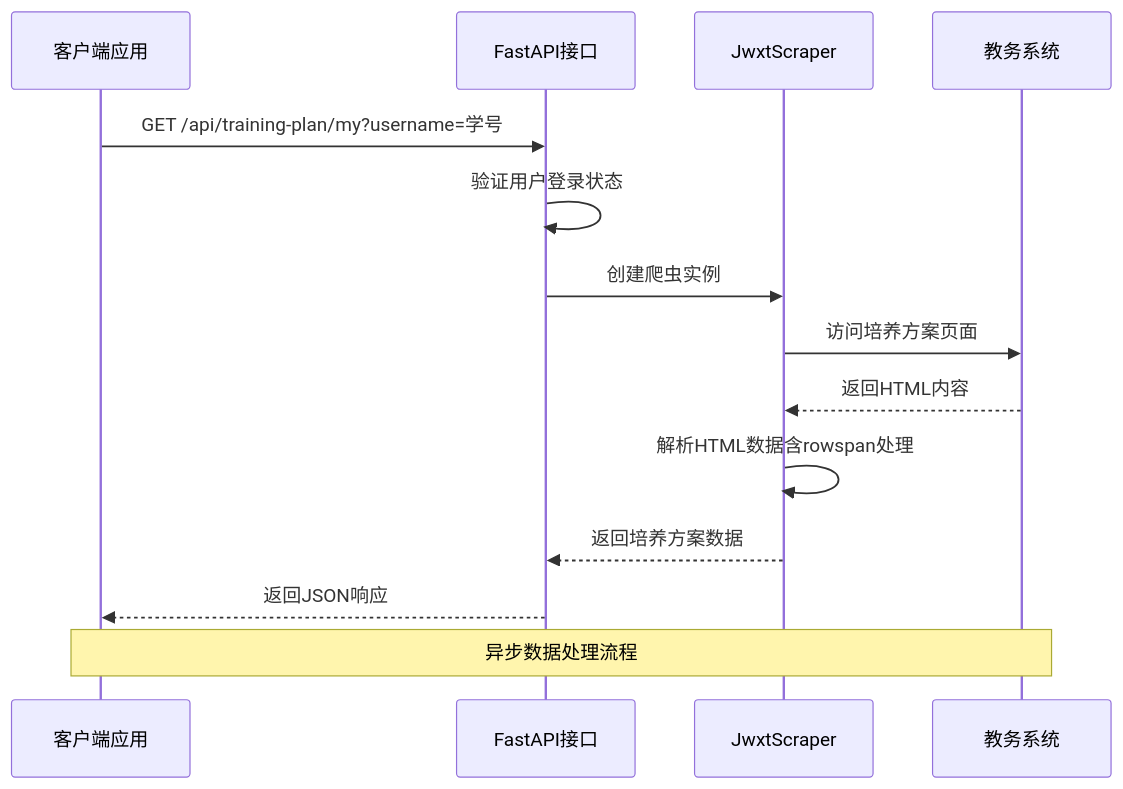
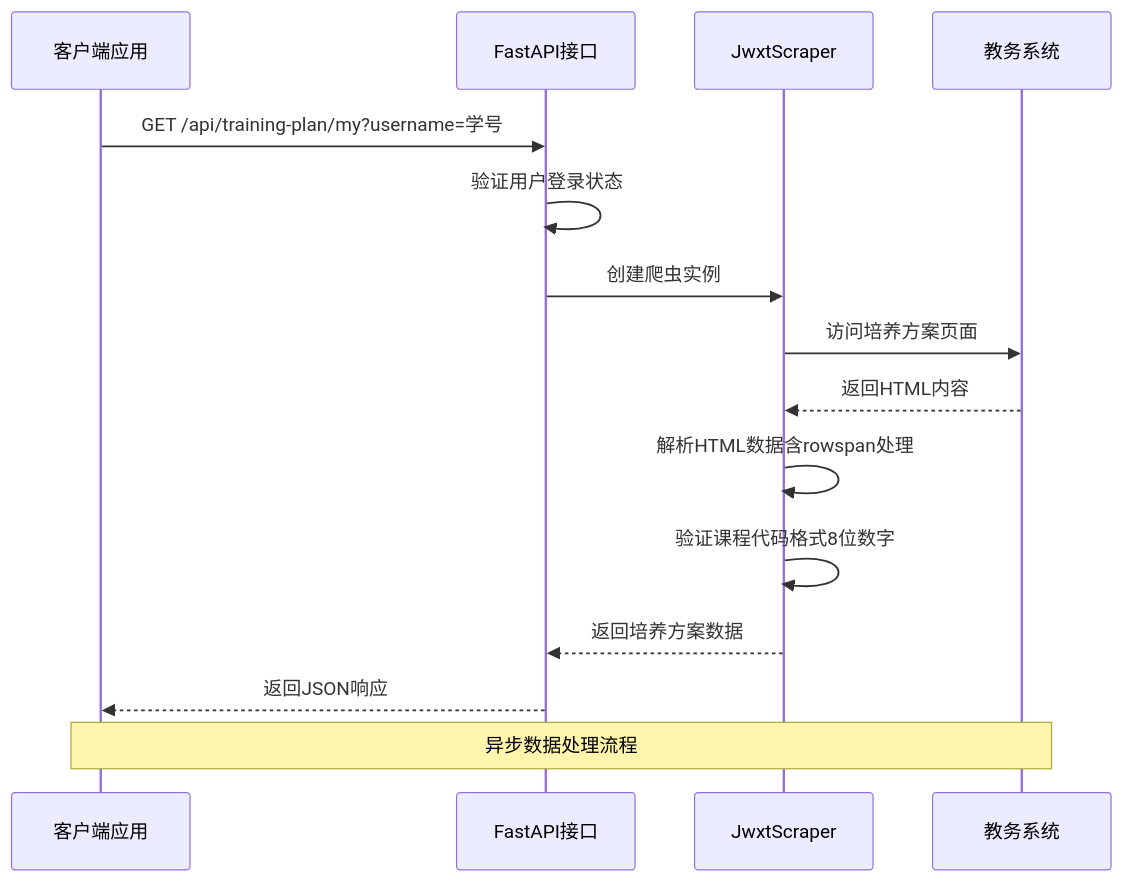
One commit to ghbbn053-ship-itsoulddog/soulddog changed the second of 9 diagrams in .qoder/repowiki/zh/content/后端API文档/学术数据查询API/培养方案查询API.md. Above: the diagram before and after it, drawn with Mermaid. The commit also changed other lines of this file and 5 other files, not shown here.

````diff
--- a/.qoder/repowiki/zh/content/后端API文档/学术数据查询API/培养方案查询API.md
+++ b/.qoder/repowiki/zh/content/后端API文档/学术数据查询API/培养方案查询API.md
@@ -109,16 +114,17 @@
 ```mermaid
 sequenceDiagram
 participant Client as 客户端应用
 participant API as FastAPI接口
 participant Scraper as JwxtScraper
 participant EduSystem as 教务系统
 Client->>API : GET /api/training-plan/my?username=学号
 API->>API : 验证用户登录状态
 API->>Scraper : 创建爬虫实例
 Scraper->>EduSystem : 访问培养方案页面
 EduSystem-->>Scraper : 返回HTML内容
 Scraper->>Scraper : 解析HTML数据含rowspan处理
+Scraper->>Scraper : 验证课程代码格式8位数字
 Scraper-->>API : 返回培养方案数据
 API-->>Client : 返回JSON响应
 Note over Client,EduSystem : 异步数据处理流程
 ```
````
